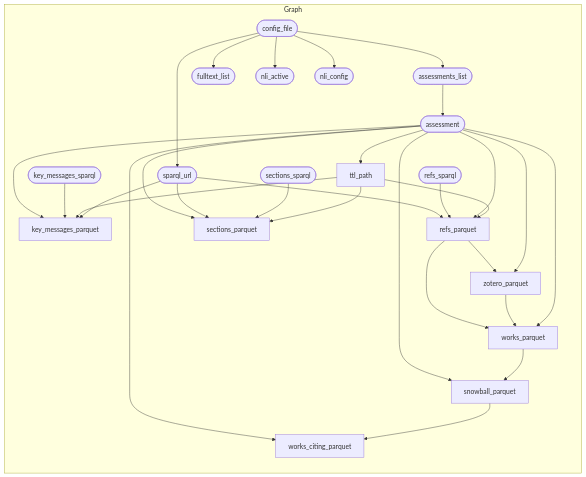
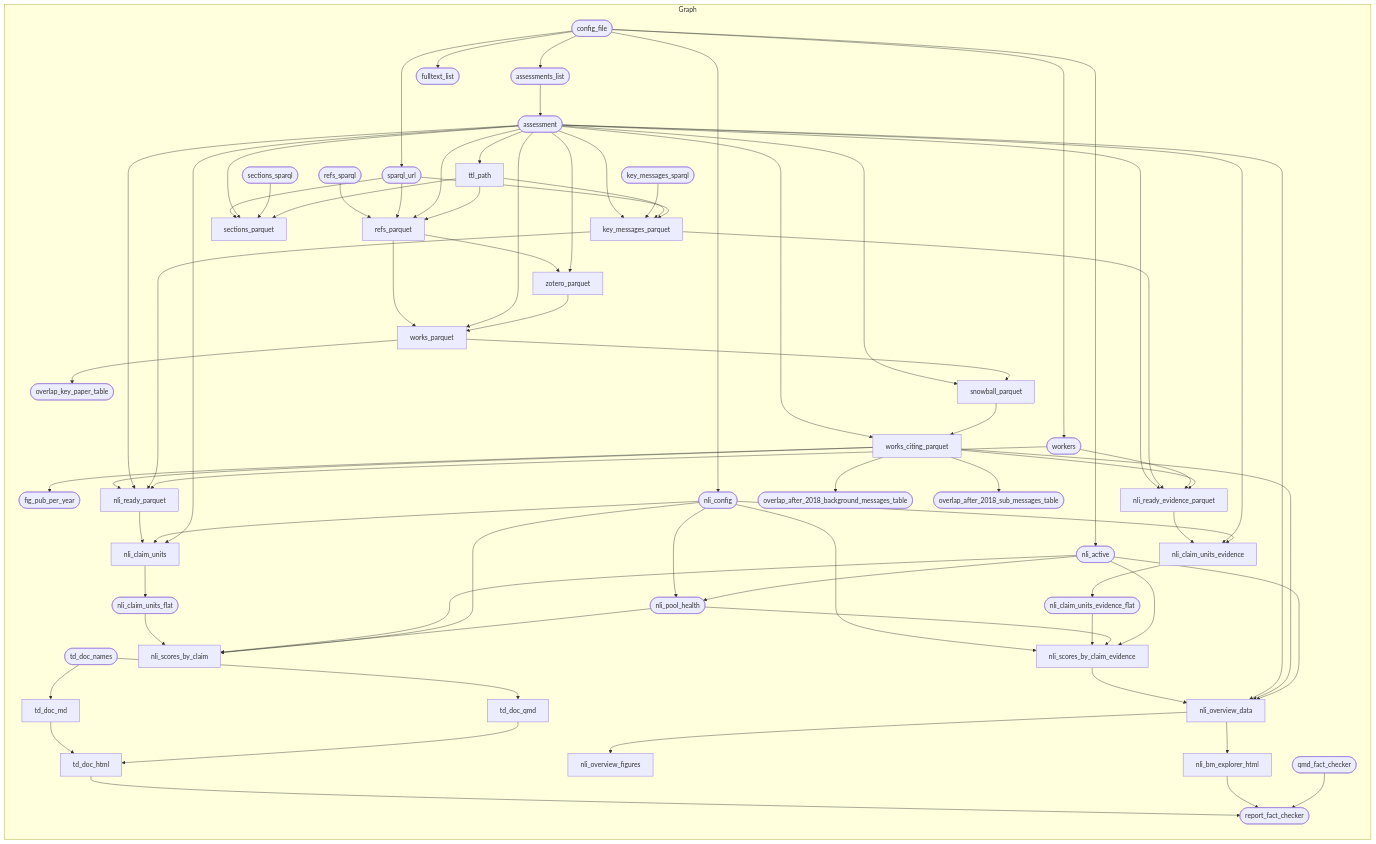
One commit to IPBES-Data/IPBES_BM_Fact_Checker changed the diagram in input/mmd/pipeline_nli.mmd. Above: the diagram before and after it, drawn with Mermaid. The commit also changed 31 other files, not shown here.

```diff
--- a/input/mmd/pipeline_nli.mmd
+++ b/input/mmd/pipeline_nli.mmd
@@ -1,33 +1,77 @@
 graph TD
   subgraph Graph
     direction TD
     xf8f6f156e3c3b679(["assessments_list"]) --> x7096e63b1af7fc2e(["assessment"])
     x9909b451a6a56060(["config_file"]) --> xf8f6f156e3c3b679(["assessments_list"])
+    x6bd40d1623e4b2a6["works_citing_parquet"] --> xd40786f0cfdc7e3a(["fig_pub_per_year"])
     x9909b451a6a56060(["config_file"]) --> x8a0deb79ae55ae78(["fulltext_list"])
     x7096e63b1af7fc2e(["assessment"]) --> x1b5c1cdf9ba064e4["key_messages_parquet"]
     x71e70b33567e8c77(["key_messages_sparql"]) --> x1b5c1cdf9ba064e4["key_messages_parquet"]
     xda2ef7d9d7074388["ttl_path"] --> x1b5c1cdf9ba064e4["key_messages_parquet"]
     xcae032f895dcdbee(["sparql_url"]) --> x1b5c1cdf9ba064e4["key_messages_parquet"]
     x9909b451a6a56060(["config_file"]) --> xdaa9eaf14bf7d9fb(["nli_active"])
+    xd29fb8bace3b75b5["nli_overview_data"] --> xebf9664bd97f0406["nli_bm_explorer_html"]
+    x2a70a19ca5bda07e["nli_ready_parquet"] --> x2c6c2bd1b14aa53d["nli_claim_units"]
+    xc1390bdb2b35a1c0(["nli_config"]) --> x2c6c2bd1b14aa53d["nli_claim_units"]
+    x7096e63b1af7fc2e(["assessment"]) --> x2c6c2bd1b14aa53d["nli_claim_units"]
+    xbe4dac68e009ada6["nli_ready_evidence_parquet"] --> x9be7a889ec11d50c["nli_claim_units_evidence"]
+    x7096e63b1af7fc2e(["assessment"]) --> x9be7a889ec11d50c["nli_claim_units_evidence"]
+    xc1390bdb2b35a1c0(["nli_config"]) --> x9be7a889ec11d50c["nli_claim_units_evidence"]
+    x9be7a889ec11d50c["nli_claim_units_evidence"] --> xb35639b28214b947(["nli_claim_units_evidence_flat"])
+    x2c6c2bd1b14aa53d["nli_claim_units"] --> x51165e9dec51c0e2(["nli_claim_units_flat"])
     x9909b451a6a56060(["config_file"]) --> xc1390bdb2b35a1c0(["nli_config"])
+    x848f6ce08c0f5882["nli_scores_by_claim_evidence"] --> xd29fb8bace3b75b5["nli_overview_data"]
+    x7096e63b1af7fc2e(["assessment"]) --> xd29fb8bace3b75b5["nli_overview_data"]
+    x6bd40d1623e4b2a6["works_citing_parquet"] --> xd29fb8bace3b75b5["nli_overview_data"]
+    xdaa9eaf14bf7d9fb(["nli_active"]) --> xd29fb8bace3b75b5["nli_overview_data"]
+    xd29fb8bace3b75b5["nli_overview_data"] --> xed3bc7ddd0e8563b["nli_overview_figures"]
+    xc1390bdb2b35a1c0(["nli_config"]) --> xa97d1735ba09b196(["nli_pool_health"])
+    xdaa9eaf14bf7d9fb(["nli_active"]) --> xa97d1735ba09b196(["nli_pool_health"])
+    x7096e63b1af7fc2e(["assessment"]) --> xbe4dac68e009ada6["nli_ready_evidence_parquet"]
+    x1b5c1cdf9ba064e4["key_messages_parquet"] --> xbe4dac68e009ada6["nli_ready_evidence_parquet"]
+    x359cd01ce3cd9deb(["workers"]) --> xbe4dac68e009ada6["nli_ready_evidence_parquet"]
+    x6bd40d1623e4b2a6["works_citing_parquet"] --> xbe4dac68e009ada6["nli_ready_evidence_parquet"]
+    x6bd40d1623e4b2a6["works_citing_parquet"] --> x2a70a19ca5bda07e["nli_ready_parquet"]
+    x7096e63b1af7fc2e(["assessment"]) --> x2a70a19ca5bda07e["nli_ready_parquet"]
+    x1b5c1cdf9ba064e4["key_messages_parquet"] --> x2a70a19ca5bda07e["nli_ready_parquet"]
+    x359cd01ce3cd9deb(["workers"]) --> x2a70a19ca5bda07e["nli_ready_parquet"]
+    x51165e9dec51c0e2(["nli_claim_units_flat"]) --> xffec092f3db6937c["nli_scores_by_claim"]
+    xdaa9eaf14bf7d9fb(["nli_active"]) --> xffec092f3db6937c["nli_scores_by_claim"]
+    xa97d1735ba09b196(["nli_pool_health"]) --> xffec092f3db6937c["nli_scores_by_claim"]
+    xc1390bdb2b35a1c0(["nli_config"]) --> xffec092f3db6937c["nli_scores_by_claim"]
+    xc1390bdb2b35a1c0(["nli_config"]) --> x848f6ce08c0f5882["nli_scores_by_claim_evidence"]
+    xb35639b28214b947(["nli_claim_units_evidence_flat"]) --> x848f6ce08c0f5882["nli_scores_by_claim_evidence"]
+    xa97d1735ba09b196(["nli_pool_health"]) --> x848f6ce08c0f5882["nli_scores_by_claim_evidence"]
+    xdaa9eaf14bf7d9fb(["nli_active"]) --> x848f6ce08c0f5882["nli_scores_by_claim_evidence"]
+    x6bd40d1623e4b2a6["works_citing_parquet"] --> xe910459612d64a0c(["overlap_after_2018_background_messages_table"])
+    x6bd40d1623e4b2a6["works_citing_parquet"] --> x68cd312fe317382a(["overlap_after_2018_sub_messages_table"])
+    x31e4fc98a3c6921c["works_parquet"] --> x07a3292760da36c7(["overlap_key_paper_table"])
+    xf258716a437e6a24(["refs_sparql"]) --> x4c5608b5b57c599b["refs_parquet"]
     xcae032f895dcdbee(["sparql_url"]) --> x4c5608b5b57c599b["refs_parquet"]
-    xf258716a437e6a24(["refs_sparql"]) --> x4c5608b5b57c599b["refs_parquet"]
     x7096e63b1af7fc2e(["assessment"]) --> x4c5608b5b57c599b["refs_parquet"]
     xda2ef7d9d7074388["ttl_path"] --> x4c5608b5b57c599b["refs_parquet"]
+    xf1a513c8605a3b8d["td_doc_html"] --> x786d38e5bf1fa345(["report_fact_checker"])
+    xebf9664bd97f0406["nli_bm_explorer_html"] --> x786d38e5bf1fa345(["report_fact_checker"])
+    x127c757a45df2fd7(["qmd_fact_checker"]) --> x786d38e5bf1fa345(["report_fact_checker"])
+    xcae032f895dcdbee(["sparql_url"]) --> xc27197d40d6acf57["sections_parquet"]
     x7096e63b1af7fc2e(["assessment"]) --> xc27197d40d6acf57["sections_parquet"]
-    xcae032f895dcdbee(["sparql_url"]) --> xc27197d40d6acf57["sections_parquet"]
     xbaf7d5ee2a70bea4(["sections_sparql"]) --> xc27197d40d6acf57["sections_parquet"]
     xda2ef7d9d7074388["ttl_path"] --> xc27197d40d6acf57["sections_parquet"]
     x7096e63b1af7fc2e(["assessment"]) --> xdb22778f9ff9b079["snowball_parquet"]
     x31e4fc98a3c6921c["works_parquet"] --> xdb22778f9ff9b079["snowball_parquet"]
     x9909b451a6a56060(["config_file"]) --> xcae032f895dcdbee(["sparql_url"])
+    x7efdca860ccfcea1["td_doc_md"] --> xf1a513c8605a3b8d["td_doc_html"]
+    x97d8bb3d3f8fc71c["td_doc_qmd"] --> xf1a513c8605a3b8d["td_doc_html"]
+    x3d4965d2b74e01ef(["td_doc_names"]) --> x7efdca860ccfcea1["td_doc_md"]
+    x3d4965d2b74e01ef(["td_doc_names"]) --> x97d8bb3d3f8fc71c["td_doc_qmd"]
     x7096e63b1af7fc2e(["assessment"]) --> xda2ef7d9d7074388["ttl_path"]
+    x9909b451a6a56060(["config_file"]) --> x359cd01ce3cd9deb(["workers"])
     x7096e63b1af7fc2e(["assessment"]) --> x6bd40d1623e4b2a6["works_citing_parquet"]
     xdb22778f9ff9b079["snowball_parquet"] --> x6bd40d1623e4b2a6["works_citing_parquet"]
     x4c5608b5b57c599b["refs_parquet"] --> x31e4fc98a3c6921c["works_parquet"]
+    x7096e63b1af7fc2e(["assessment"]) --> x31e4fc98a3c6921c["works_parquet"]
     xe6d26d705b0e239b["zotero_parquet"] --> x31e4fc98a3c6921c["works_parquet"]
-    x7096e63b1af7fc2e(["assessment"]) --> x31e4fc98a3c6921c["works_parquet"]
     x4c5608b5b57c599b["refs_parquet"] --> xe6d26d705b0e239b["zotero_parquet"]
     x7096e63b1af7fc2e(["assessment"]) --> xe6d26d705b0e239b["zotero_parquet"]
     
   end
```
